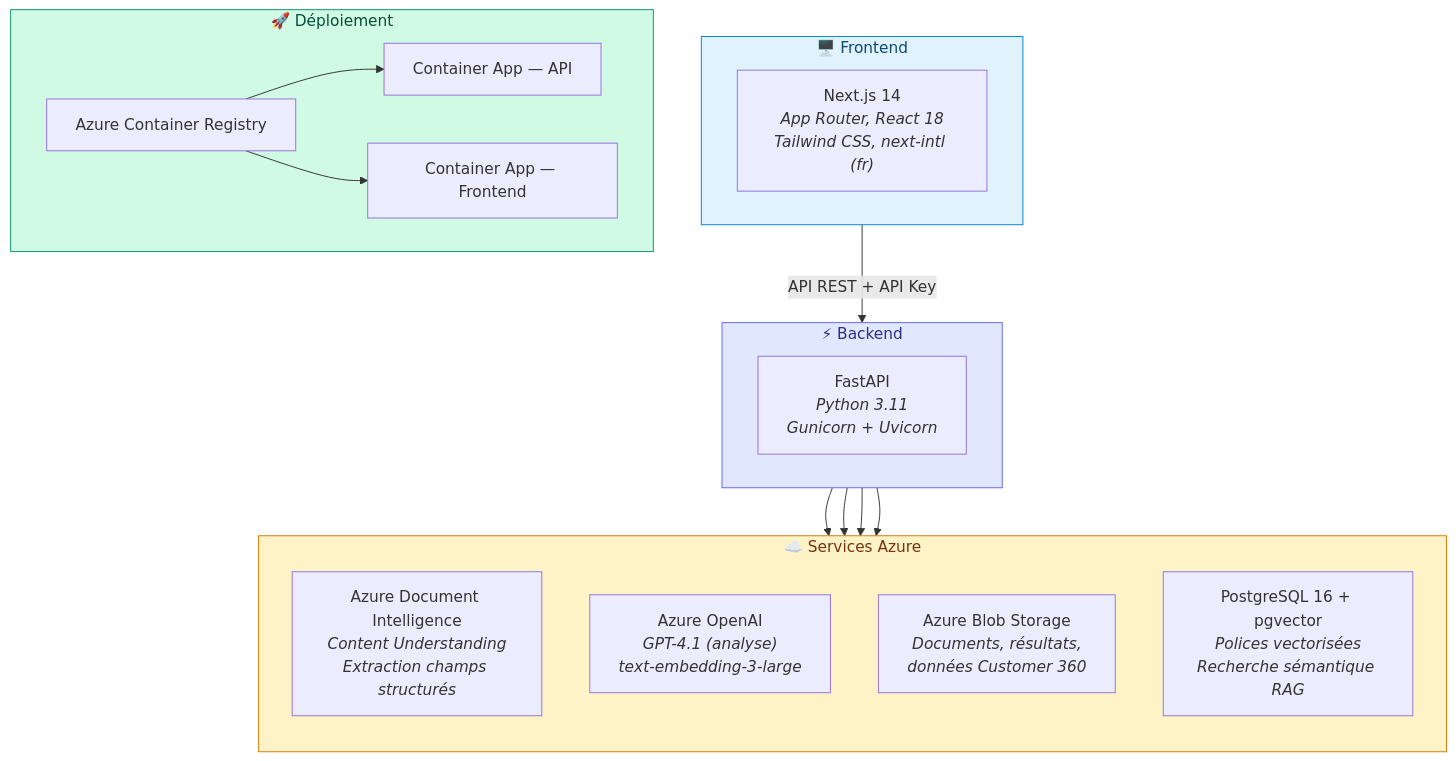
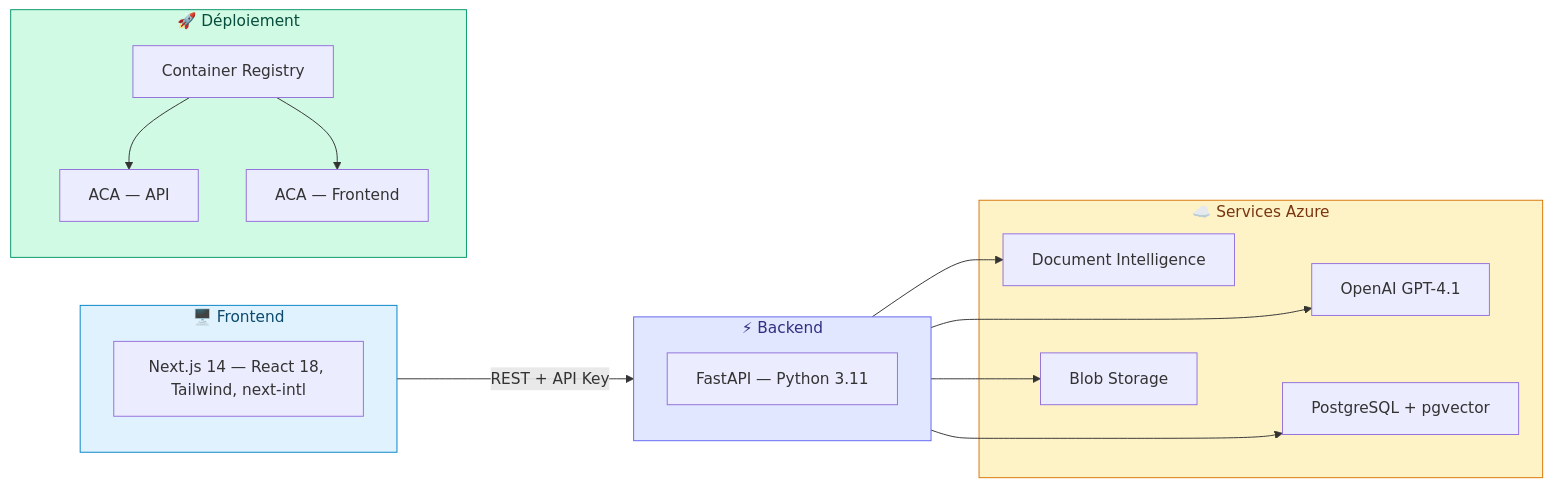
The third of 9 diagrams in docs/ARCHITECTURE-AGENTIC.md (olivMertens/WorkbenchIQ), drawn with Mermaid before and after one commit. The commit also changed other lines of this file and 6 other files, not shown here.

First line of the commit message:
Architecture docs: hybrid strategy, HITL, FAQ data locality, pipeline detail, PDF generator

````diff
--- a/docs/ARCHITECTURE-AGENTIC.md
+++ b/docs/ARCHITECTURE-AGENTIC.md
@@ -106,37 +78,23 @@
 ```mermaid
-graph TB
+graph LR
     subgraph CLIENT["🖥️ Frontend"]
-        NEXT["Next.js 14<br/><i>App Router, React 18<br/>Tailwind CSS, next-intl (fr)</i>"]
+        NEXT["Next.js 14 — React 18, Tailwind, next-intl"]
     end
-
     subgraph API["⚡ Backend"]
-        FAST["FastAPI<br/><i>Python 3.11<br/>Gunicorn + Uvicorn</i>"]
+        FAST["FastAPI — Python 3.11"]
     end
-
     subgraph AZURE["☁️ Services Azure"]
-        direction TB
-        CU["Azure Document Intelligence<br/><i>Content Understanding<br/>Extraction champs structurés</i>"]
-        OPENAI["Azure OpenAI<br/><i>GPT-4.1 (analyse)<br/>text-embedding-3-large</i>"]
-        BLOB["Azure Blob Storage<br/><i>Documents, résultats,<br/>données Customer 360</i>"]
-        PG["PostgreSQL 16 + pgvector<br/><i>Polices vectorisées<br/>Recherche sémantique RAG</i>"]
+        CU["Document Intelligence"] ~~~ OPENAI["OpenAI GPT-4.1"]
+        BLOB["Blob Storage"] ~~~ PG["PostgreSQL + pgvector"]
     end
-
     subgraph DEPLOY["🚀 Déploiement"]
-        ACR["Azure Container Registry"]
-        ACA_API["Container App — API"]
-        ACA_FE["Container App — Frontend"]
+        ACR["Container Registry"] --> ACA_API["ACA — API"]
+        ACR --> ACA_FE["ACA — Frontend"]
     end
-
-    CLIENT -->|"API REST + API Key"| API
-    API --> CU
-    API --> OPENAI
-    API --> BLOB
-    API --> PG
-    ACR --> ACA_API
-    ACR --> ACA_FE
-
+    CLIENT -->|"REST + API Key"| API
+    API --> CU & OPENAI & BLOB & PG
     style CLIENT fill:#e0f2fe,stroke:#0284c7,color:#0c4a6e
     style API fill:#e0e7ff,stroke:#6366f1,color:#312e81
     style AZURE fill:#fef3c7,stroke:#d97706,color:#78350f
     style DEPLOY fill:#d1fae5,stroke:#059669,color:#064e3b
 ```
````
